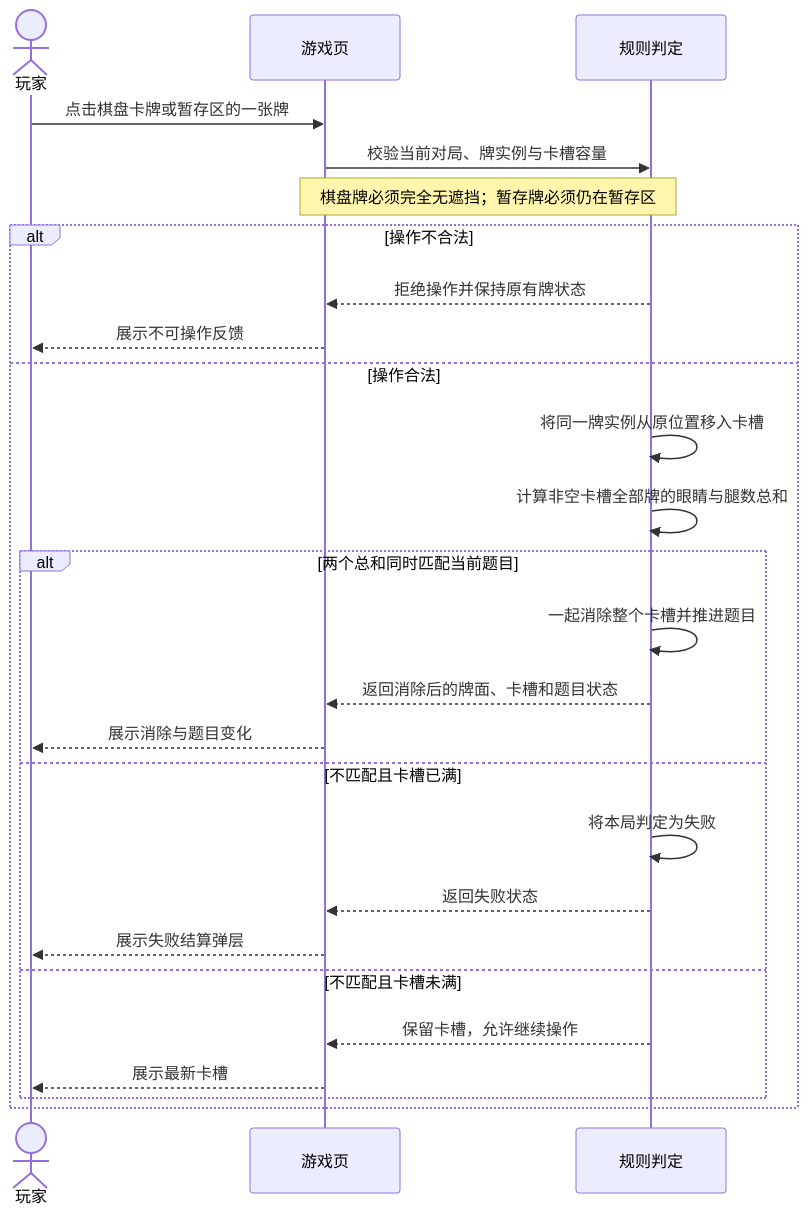
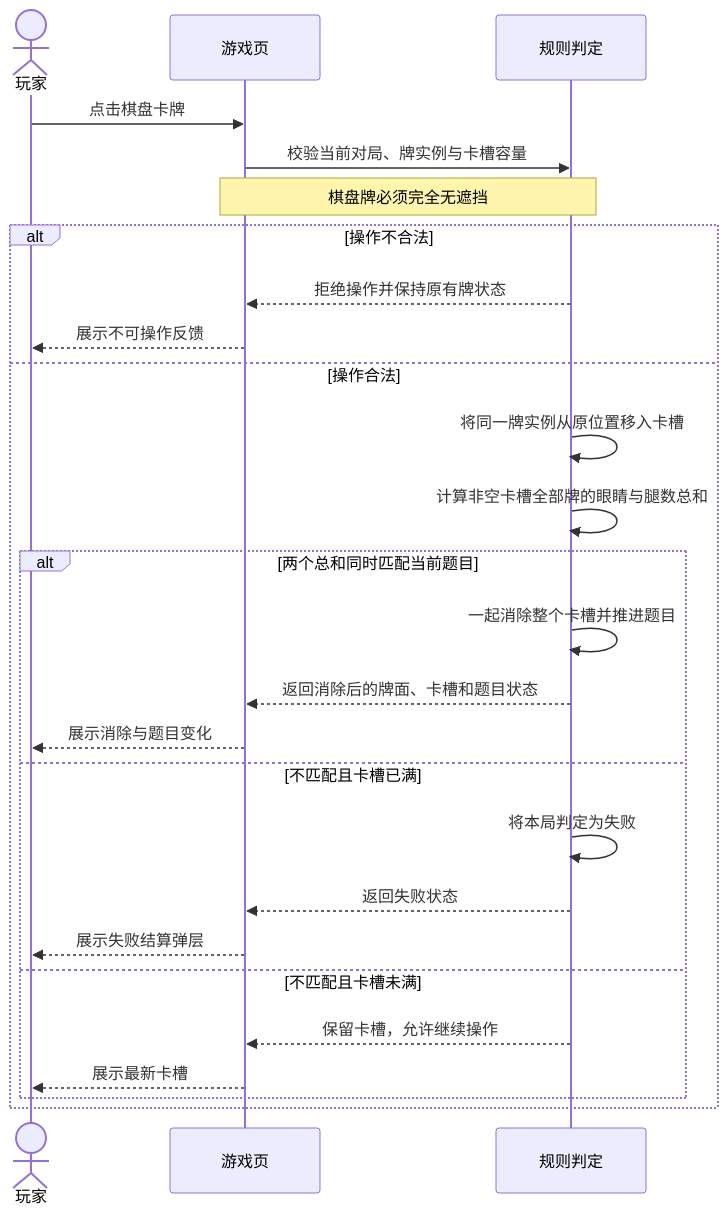
The second of 5 diagrams in docs/10-requirements/GAME-REQUIREMENTS.md (thundax-lyp/pretzel), drawn with Mermaid before and after one commit. The commit also changed other lines of this file and 123 other files, not shown here.

````diff
--- a/docs/10-requirements/GAME-REQUIREMENTS.md
+++ b/docs/10-requirements/GAME-REQUIREMENTS.md
@@ -140,28 +140,28 @@
 ```mermaid
 sequenceDiagram
     actor P as 玩家
     participant G as 游戏页
     participant R as 规则判定
-    P->>G: 点击棋盘卡牌或暂存区的一张牌
+    P->>G: 点击棋盘卡牌
     G->>R: 校验当前对局、牌实例与卡槽容量
-    Note over G,R: 棋盘牌必须完全无遮挡；暂存牌必须仍在暂存区
+    Note over G,R: 棋盘牌必须完全无遮挡
     alt 操作不合法
         R-->>G: 拒绝操作并保持原有牌状态
         G-->>P: 展示不可操作反馈
     else 操作合法
         R->>R: 将同一牌实例从原位置移入卡槽
         R->>R: 计算非空卡槽全部牌的眼睛与腿数总和
         alt 两个总和同时匹配当前题目
             R->>R: 一起消除整个卡槽并推进题目
             R-->>G: 返回消除后的牌面、卡槽和题目状态
             G-->>P: 展示消除与题目变化
         else 不匹配且卡槽已满
             R->>R: 将本局判定为失败
             R-->>G: 返回失败状态
             G-->>P: 展示失败结算弹层
         else 不匹配且卡槽未满
             R-->>G: 保留卡槽，允许继续操作
             G-->>P: 展示最新卡槽
         end
     end
 ```
````
